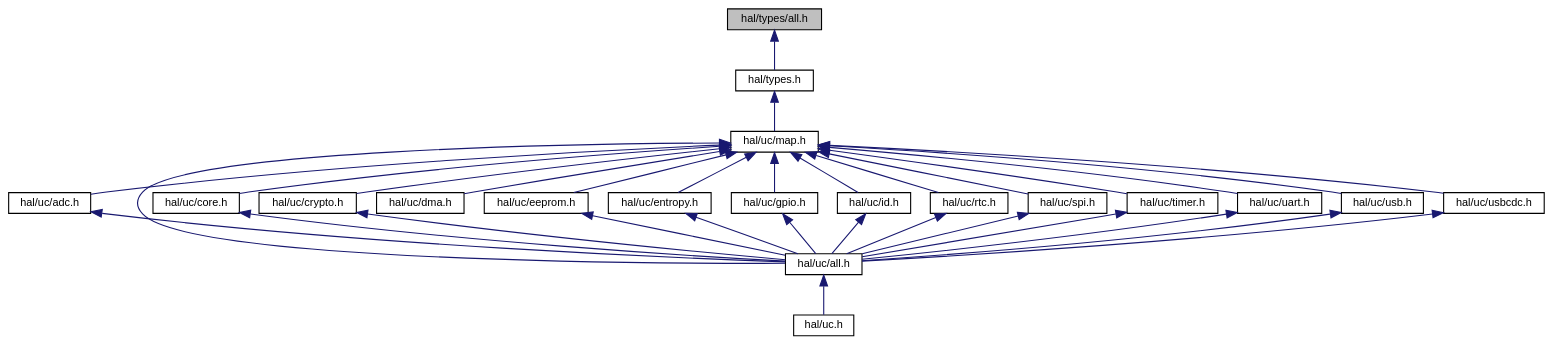
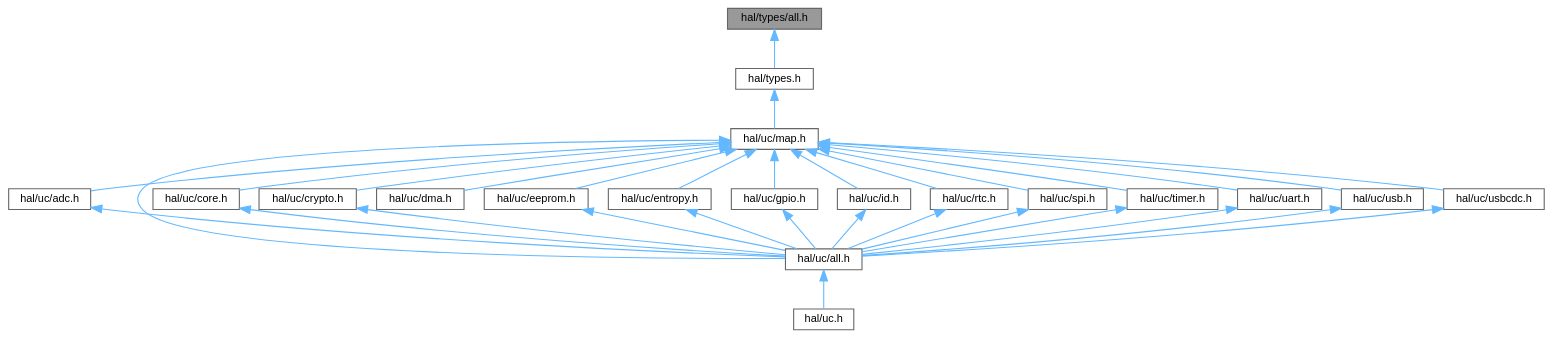
One commit to ebs-universe/piolib-hal-uc changed the diagram in types_2all_8h__dep__incl.dot. Above: the diagram before and after it, drawn with Graphviz. The commit also changed 565 other files, not shown here.

```diff
--- a/types_2all_8h__dep__incl.dot
+++ b/types_2all_8h__dep__incl.dot
@@ -1,58 +1,58 @@
 digraph "hal/types/all.h"
 {
  // INTERACTIVE_SVG=YES
  // LATEX_PDF_SIZE
   bgcolor="transparent";
-  edge [fontname="Helvetica",fontsize="10",labelfontname="Helvetica",labelfontsize="10"];
-  node [fontname="Helvetica",fontsize="10",shape=record];
-  Node1 [label="hal/types/all.h",height=0.2,width=0.4,color="black", fillcolor="grey75", style="filled", fontcolor="black",tooltip=" "];
-  Node1 -> Node2 [dir="back",color="midnightblue",fontsize="10",style="solid",fontname="Helvetica"];
-  Node2 [label="hal/types.h",height=0.2,width=0.4,color="black",URL="$types_8h.html",tooltip=" "];
-  Node2 -> Node3 [dir="back",color="midnightblue",fontsize="10",style="solid",fontname="Helvetica"];
-  Node3 [label="hal/uc/map.h",height=0.2,width=0.4,color="black",URL="$map_8h.html",tooltip="HAL for uC Peripheral Map."];
-  Node3 -> Node4 [dir="back",color="midnightblue",fontsize="10",style="solid",fontname="Helvetica"];
-  Node4 [label="hal/uc/adc.h",height=0.2,width=0.4,color="black",URL="$uc_2adc_8h.html",tooltip="HAL for uC Internal ADC interfaces."];
-  Node4 -> Node5 [dir="back",color="midnightblue",fontsize="10",style="solid",fontname="Helvetica"];
-  Node5 [label="hal/uc/all.h",height=0.2,width=0.4,color="black",URL="$uc_2all_8h.html",tooltip=" "];
-  Node5 -> Node6 [dir="back",color="midnightblue",fontsize="10",style="solid",fontname="Helvetica"];
-  Node6 [label="hal/uc.h",height=0.2,width=0.4,color="black",URL="$uc_8h.html",tooltip=" "];
-  Node3 -> Node5 [dir="back",color="midnightblue",fontsize="10",style="solid",fontname="Helvetica"];
-  Node3 -> Node7 [dir="back",color="midnightblue",fontsize="10",style="solid",fontname="Helvetica"];
-  Node7 [label="hal/uc/core.h",height=0.2,width=0.4,color="black",URL="$core_8h.html",tooltip="HAL for uC Core peripherals."];
-  Node7 -> Node5 [dir="back",color="midnightblue",fontsize="10",style="solid",fontname="Helvetica"];
-  Node3 -> Node8 [dir="back",color="midnightblue",fontsize="10",style="solid",fontname="Helvetica"];
-  Node8 [label="hal/uc/crypto.h",height=0.2,width=0.4,color="black",URL="$uc_2crypto_8h.html",tooltip=" "];
-  Node8 -> Node5 [dir="back",color="midnightblue",fontsize="10",style="solid",fontname="Helvetica"];
-  Node3 -> Node9 [dir="back",color="midnightblue",fontsize="10",style="solid",fontname="Helvetica"];
-  Node9 [label="hal/uc/dma.h",height=0.2,width=0.4,color="black",URL="$uc_2dma_8h.html",tooltip="HAL for DMA."];
-  Node3 -> Node10 [dir="back",color="midnightblue",fontsize="10",style="solid",fontname="Helvetica"];
-  Node10 [label="hal/uc/eeprom.h",height=0.2,width=0.4,color="black",URL="$eeprom_8h.html",tooltip="HAL for uC EEPROM peripherals."];
-  Node10 -> Node5 [dir="back",color="midnightblue",fontsize="10",style="solid",fontname="Helvetica"];
-  Node3 -> Node11 [dir="back",color="midnightblue",fontsize="10",style="solid",fontname="Helvetica"];
-  Node11 [label="hal/uc/entropy.h",height=0.2,width=0.4,color="black",URL="$entropy_8h.html",tooltip="HAL for uC entropy source."];
-  Node11 -> Node5 [dir="back",color="midnightblue",fontsize="10",style="solid",fontname="Helvetica"];
-  Node3 -> Node12 [dir="back",color="midnightblue",fontsize="10",style="solid",fontname="Helvetica"];
-  Node12 [label="hal/uc/gpio.h",height=0.2,width=0.4,color="black",URL="$gpio_8h.html",tooltip="HAL for uC GPIOs."];
-  Node12 -> Node5 [dir="back",color="midnightblue",fontsize="10",style="solid",fontname="Helvetica"];
-  Node3 -> Node13 [dir="back",color="midnightblue",fontsize="10",style="solid",fontname="Helvetica"];
-  Node13 [label="hal/uc/id.h",height=0.2,width=0.4,color="black",URL="$id_8h.html",tooltip="HAL for uC ID."];
-  Node13 -> Node5 [dir="back",color="midnightblue",fontsize="10",style="solid",fontname="Helvetica"];
-  Node3 -> Node14 [dir="back",color="midnightblue",fontsize="10",style="solid",fontname="Helvetica"];
-  Node14 [label="hal/uc/rtc.h",height=0.2,width=0.4,color="black",URL="$uc_2rtc_8h.html",tooltip="HAL for uC RTCs."];
-  Node14 -> Node5 [dir="back",color="midnightblue",fontsize="10",style="solid",fontname="Helvetica"];
-  Node3 -> Node15 [dir="back",color="midnightblue",fontsize="10",style="solid",fontname="Helvetica"];
-  Node15 [label="hal/uc/spi.h",height=0.2,width=0.4,color="black",URL="$spi_8h.html",tooltip="HAL for SPI interfaces."];
-  Node15 -> Node5 [dir="back",color="midnightblue",fontsize="10",style="solid",fontname="Helvetica"];
-  Node3 -> Node16 [dir="back",color="midnightblue",fontsize="10",style="solid",fontname="Helvetica"];
-  Node16 [label="hal/uc/timer.h",height=0.2,width=0.4,color="black",URL="$uc_2timer_8h.html",tooltip="HAL for uC Timers."];
-  Node16 -> Node5 [dir="back",color="midnightblue",fontsize="10",style="solid",fontname="Helvetica"];
-  Node3 -> Node17 [dir="back",color="midnightblue",fontsize="10",style="solid",fontname="Helvetica"];
-  Node17 [label="hal/uc/uart.h",height=0.2,width=0.4,color="black",URL="$uc_2uart_8h.html",tooltip=" "];
-  Node17 -> Node5 [dir="back",color="midnightblue",fontsize="10",style="solid",fontname="Helvetica"];
-  Node3 -> Node18 [dir="back",color="midnightblue",fontsize="10",style="solid",fontname="Helvetica"];
-  Node18 [label="hal/uc/usb.h",height=0.2,width=0.4,color="black",URL="$usb_8h.html",tooltip="HAL for USB interface."];
-  Node18 -> Node5 [dir="back",color="midnightblue",fontsize="10",style="solid",fontname="Helvetica"];
-  Node3 -> Node19 [dir="back",color="midnightblue",fontsize="10",style="solid",fontname="Helvetica"];
-  Node19 [label="hal/uc/usbcdc.h",height=0.2,width=0.4,color="black",URL="$usbcdc_8h.html",tooltip="HAL for USB CDC interface."];
-  Node19 -> Node5 [dir="back",color="midnightblue",fontsize="10",style="solid",fontname="Helvetica"];
+  edge [fontname=Helvetica,fontsize=10,labelfontname=Helvetica,labelfontsize=10];
+  node [fontname=Helvetica,fontsize=10,shape=box,height=0.2,width=0.4];
+  Node1 [id="Node000001",label="hal/types/all.h",height=0.2,width=0.4,color="gray40", fillcolor="grey60", style="filled", fontcolor="black",tooltip=" "];
+  Node1 -> Node2 [id="edge1_Node000001_Node000002",dir="back",color="steelblue1",style="solid",tooltip=" "];
+  Node2 [id="Node000002",label="hal/types.h",height=0.2,width=0.4,color="grey40", fillcolor="white", style="filled",URL="$types_8h.html",tooltip=" "];
+  Node2 -> Node3 [id="edge2_Node000002_Node000003",dir="back",color="steelblue1",style="solid",tooltip=" "];
+  Node3 [id="Node000003",label="hal/uc/map.h",height=0.2,width=0.4,color="grey40", fillcolor="white", style="filled",URL="$map_8h.html",tooltip="HAL for uC Peripheral Map."];
+  Node3 -> Node4 [id="edge3_Node000003_Node000004",dir="back",color="steelblue1",style="solid",tooltip=" "];
+  Node4 [id="Node000004",label="hal/uc/adc.h",height=0.2,width=0.4,color="grey40", fillcolor="white", style="filled",URL="$uc_2adc_8h.html",tooltip="HAL for uC Internal ADC interfaces."];
+  Node4 -> Node5 [id="edge4_Node000004_Node000005",dir="back",color="steelblue1",style="solid",tooltip=" "];
+  Node5 [id="Node000005",label="hal/uc/all.h",height=0.2,width=0.4,color="grey40", fillcolor="white", style="filled",URL="$uc_2all_8h.html",tooltip=" "];
+  Node5 -> Node6 [id="edge5_Node000005_Node000006",dir="back",color="steelblue1",style="solid",tooltip=" "];
+  Node6 [id="Node000006",label="hal/uc.h",height=0.2,width=0.4,color="grey40", fillcolor="white", style="filled",URL="$uc_8h.html",tooltip=" "];
+  Node3 -> Node5 [id="edge6_Node000003_Node000005",dir="back",color="steelblue1",style="solid",tooltip=" "];
+  Node3 -> Node7 [id="edge7_Node000003_Node000007",dir="back",color="steelblue1",style="solid",tooltip=" "];
+  Node7 [id="Node000007",label="hal/uc/core.h",height=0.2,width=0.4,color="grey40", fillcolor="white", style="filled",URL="$core_8h.html",tooltip="HAL for uC Core peripherals."];
+  Node7 -> Node5 [id="edge8_Node000007_Node000005",dir="back",color="steelblue1",style="solid",tooltip=" "];
+  Node3 -> Node8 [id="edge9_Node000003_Node000008",dir="back",color="steelblue1",style="solid",tooltip=" "];
+  Node8 [id="Node000008",label="hal/uc/crypto.h",height=0.2,width=0.4,color="grey40", fillcolor="white", style="filled",URL="$uc_2crypto_8h.html",tooltip=" "];
+  Node8 -> Node5 [id="edge10_Node000008_Node000005",dir="back",color="steelblue1",style="solid",tooltip=" "];
+  Node3 -> Node9 [id="edge11_Node000003_Node000009",dir="back",color="steelblue1",style="solid",tooltip=" "];
+  Node9 [id="Node000009",label="hal/uc/dma.h",height=0.2,width=0.4,color="grey40", fillcolor="white", style="filled",URL="$uc_2dma_8h.html",tooltip="HAL for DMA."];
+  Node3 -> Node10 [id="edge12_Node000003_Node000010",dir="back",color="steelblue1",style="solid",tooltip=" "];
+  Node10 [id="Node000010",label="hal/uc/eeprom.h",height=0.2,width=0.4,color="grey40", fillcolor="white", style="filled",URL="$eeprom_8h.html",tooltip="HAL for uC EEPROM peripherals."];
+  Node10 -> Node5 [id="edge13_Node000010_Node000005",dir="back",color="steelblue1",style="solid",tooltip=" "];
+  Node3 -> Node11 [id="edge14_Node000003_Node000011",dir="back",color="steelblue1",style="solid",tooltip=" "];
+  Node11 [id="Node000011",label="hal/uc/entropy.h",height=0.2,width=0.4,color="grey40", fillcolor="white", style="filled",URL="$entropy_8h.html",tooltip="HAL for uC entropy source."];
+  Node11 -> Node5 [id="edge15_Node000011_Node000005",dir="back",color="steelblue1",style="solid",tooltip=" "];
+  Node3 -> Node12 [id="edge16_Node000003_Node000012",dir="back",color="steelblue1",style="solid",tooltip=" "];
+  Node12 [id="Node000012",label="hal/uc/gpio.h",height=0.2,width=0.4,color="grey40", fillcolor="white", style="filled",URL="$gpio_8h.html",tooltip="HAL for uC GPIOs."];
+  Node12 -> Node5 [id="edge17_Node000012_Node000005",dir="back",color="steelblue1",style="solid",tooltip=" "];
+  Node3 -> Node13 [id="edge18_Node000003_Node000013",dir="back",color="steelblue1",style="solid",tooltip=" "];
+  Node13 [id="Node000013",label="hal/uc/id.h",height=0.2,width=0.4,color="grey40", fillcolor="white", style="filled",URL="$id_8h.html",tooltip="HAL for uC ID."];
+  Node13 -> Node5 [id="edge19_Node000013_Node000005",dir="back",color="steelblue1",style="solid",tooltip=" "];
+  Node3 -> Node14 [id="edge20_Node000003_Node000014",dir="back",color="steelblue1",style="solid",tooltip=" "];
+  Node14 [id="Node000014",label="hal/uc/rtc.h",height=0.2,width=0.4,color="grey40", fillcolor="white", style="filled",URL="$uc_2rtc_8h.html",tooltip="HAL for uC RTCs."];
+  Node14 -> Node5 [id="edge21_Node000014_Node000005",dir="back",color="steelblue1",style="solid",tooltip=" "];
+  Node3 -> Node15 [id="edge22_Node000003_Node000015",dir="back",color="steelblue1",style="solid",tooltip=" "];
+  Node15 [id="Node000015",label="hal/uc/spi.h",height=0.2,width=0.4,color="grey40", fillcolor="white", style="filled",URL="$spi_8h.html",tooltip="HAL for SPI interfaces."];
+  Node15 -> Node5 [id="edge23_Node000015_Node000005",dir="back",color="steelblue1",style="solid",tooltip=" "];
+  Node3 -> Node16 [id="edge24_Node000003_Node000016",dir="back",color="steelblue1",style="solid",tooltip=" "];
+  Node16 [id="Node000016",label="hal/uc/timer.h",height=0.2,width=0.4,color="grey40", fillcolor="white", style="filled",URL="$uc_2timer_8h.html",tooltip="HAL for uC Timers."];
+  Node16 -> Node5 [id="edge25_Node000016_Node000005",dir="back",color="steelblue1",style="solid",tooltip=" "];
+  Node3 -> Node17 [id="edge26_Node000003_Node000017",dir="back",color="steelblue1",style="solid",tooltip=" "];
+  Node17 [id="Node000017",label="hal/uc/uart.h",height=0.2,width=0.4,color="grey40", fillcolor="white", style="filled",URL="$uc_2uart_8h.html",tooltip=" "];
+  Node17 -> Node5 [id="edge27_Node000017_Node000005",dir="back",color="steelblue1",style="solid",tooltip=" "];
+  Node3 -> Node18 [id="edge28_Node000003_Node000018",dir="back",color="steelblue1",style="solid",tooltip=" "];
+  Node18 [id="Node000018",label="hal/uc/usb.h",height=0.2,width=0.4,color="grey40", fillcolor="white", style="filled",URL="$usb_8h.html",tooltip="HAL for USB interface."];
+  Node18 -> Node5 [id="edge29_Node000018_Node000005",dir="back",color="steelblue1",style="solid",tooltip=" "];
+  Node3 -> Node19 [id="edge30_Node000003_Node000019",dir="back",color="steelblue1",style="solid",tooltip=" "];
+  Node19 [id="Node000019",label="hal/uc/usbcdc.h",height=0.2,width=0.4,color="grey40", fillcolor="white", style="filled",URL="$usbcdc_8h.html",tooltip="HAL for USB CDC interface."];
+  Node19 -> Node5 [id="edge31_Node000019_Node000005",dir="back",color="steelblue1",style="solid",tooltip=" "];
 }
```
